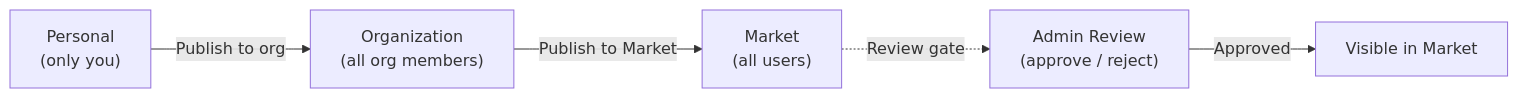
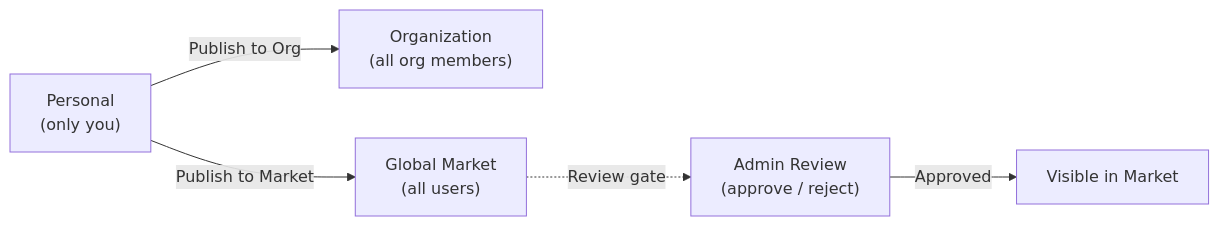
Before and after one commit to fim-ai/fim-agent: the diagram in docs/concepts/market.mdx, drawn with Mermaid. The commit also changed other lines of this file and 72 other files, not shown here.

First line of the commit message:
feat: refine marketplace UX — subscriber badges, publish dialog, market page layout, and docs restructure

````diff
--- a/docs/concepts/market.mdx
+++ b/docs/concepts/market.mdx
@@ -18,7 +71,7 @@
 ```mermaid
 flowchart LR
-    P["Personal<br/>(only you)"] -->|"Publish to org"| O["Organization<br/>(all org members)"]
-    O -->|"Publish to Market"| M["Market<br/>(all users)"]
+    P["Personal<br/>(only you)"] -->|"Publish to Org"| O["Organization<br/>(all org members)"]
+    P -->|"Publish to Market"| M["Global Market<br/>(all users)"]
     M -.->|"Review gate"| R["Admin Review<br/>(approve / reject)"]
     R -->|"Approved"| V["Visible in Market"]
 ```
````
